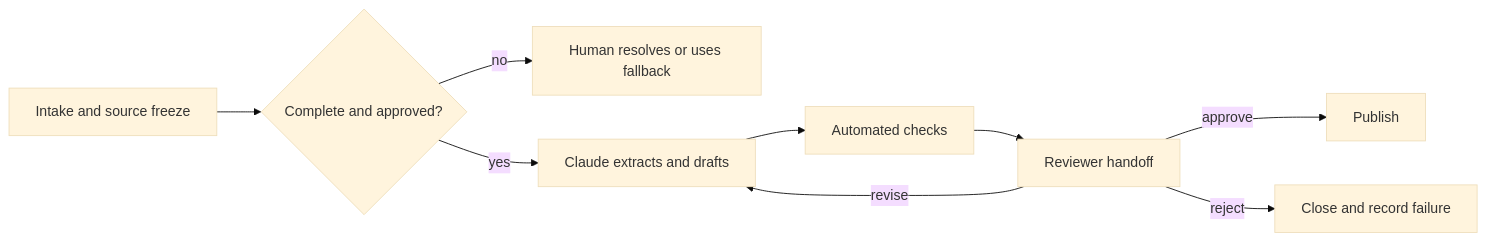
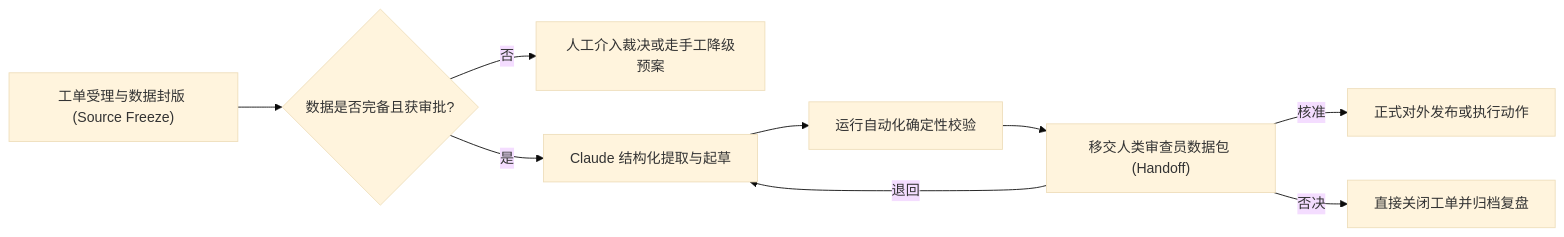
Before and after one commit to cluster1900/ai-engineering-from-scratch-zh: the diagram in certifications/claude/lessons/07-workflow-design-and-human-handoffs/docs/en.md, drawn with Mermaid (base theme). The commit also changed other lines of this file and 187 other files, not shown here.

````diff
--- a/certifications/claude/lessons/07-workflow-design-and-human-handoffs/docs/en.md
+++ b/certifications/claude/lessons/07-workflow-design-and-human-handoffs/docs/en.md
@@ -116,11 +113,11 @@
 ```mermaid
 flowchart LR
-    A["Intake and source freeze"] --> B{"Complete and approved?"}
-    B -->|"no"| C["Human resolves or uses fallback"]
-    B -->|"yes"| D["Claude extracts and drafts"]
-    D --> E["Automated checks"]
-    E --> F["Reviewer handoff"]
-    F -->|"approve"| G["Publish"]
-    F -->|"revise"| D
-    F -->|"reject"| H["Close and record failure"]
+    A["工单受理与数据封版 (Source Freeze)"] --> B{"数据是否完备且获审批?"}
+    B -->|"否"| C["人工介入裁决或走手工降级预案"]
+    B -->|"是"| D["Claude 结构化提取与起草"]
+    D --> E["运行自动化确定性校验"]
+    E --> F["移交人类审查员数据包 (Handoff)"]
+    F -->|"核准"| G["正式对外发布或执行动作"]
+    F -->|"退回"| D
+    F -->|"否决"| H["直接关闭工单并归档复盘"]
 ```
````
